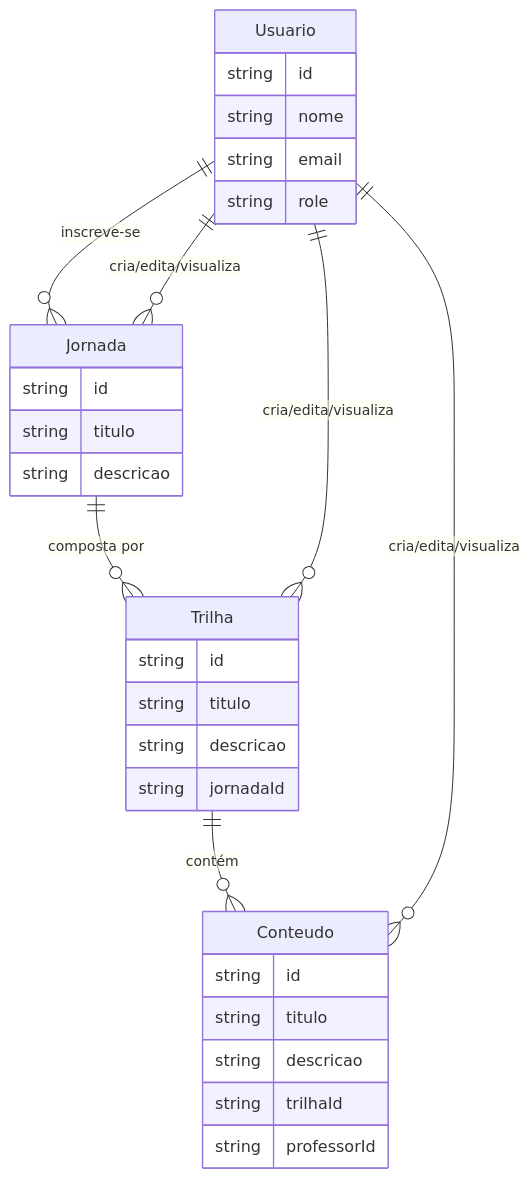
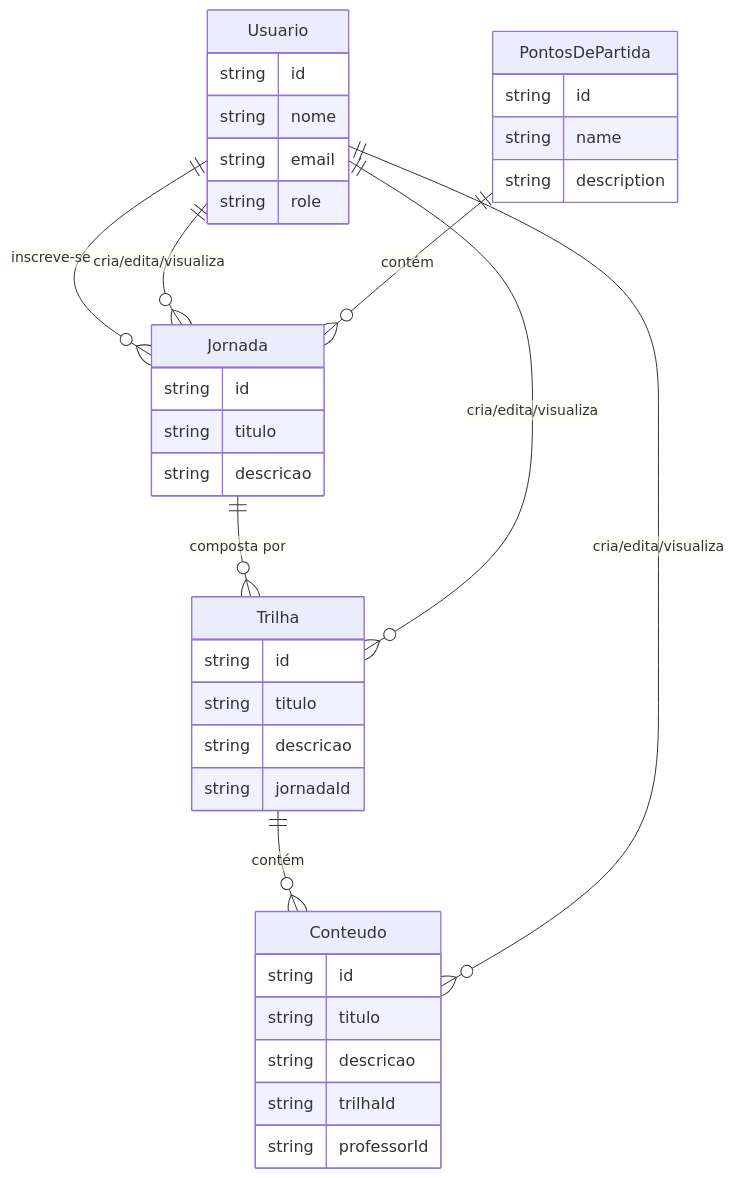
The first of 7 diagrams in docs/organizacoes/visao-de-dados.md (fga-eps-mds/2024.1-CALCULUS-DOC), drawn with Mermaid before and after one commit. The commit also changed other lines of this file, not shown here.

````diff
--- a/docs/organizacoes/visao-de-dados.md
+++ b/docs/organizacoes/visao-de-dados.md
@@ -24,34 +26,40 @@
 ```mermaid
 erDiagram
     Usuario {
         string id
         string nome
         string email
         string role
     }
     Jornada {
         string id
         string titulo
         string descricao
     }
     Trilha {
         string id
         string titulo
         string descricao
         string jornadaId
     }
     Conteudo {
         string id
         string titulo
         string descricao
         string trilhaId
         string professorId
     }
+    PontosDePartida {
+        string id
+        string name
+        string description
+    }
 
     Usuario ||--o{ Jornada : "inscreve-se"
     Jornada ||--o{ Trilha : "composta por"
     Trilha ||--o{ Conteudo : "contém"
     Usuario ||--o{ Conteudo : "cria/edita/visualiza"
     Usuario ||--o{ Jornada : "cria/edita/visualiza"
     Usuario ||--o{ Trilha : "cria/edita/visualiza"
+    PontosDePartida || --o{ Jornada : "contém"
 ```
````
